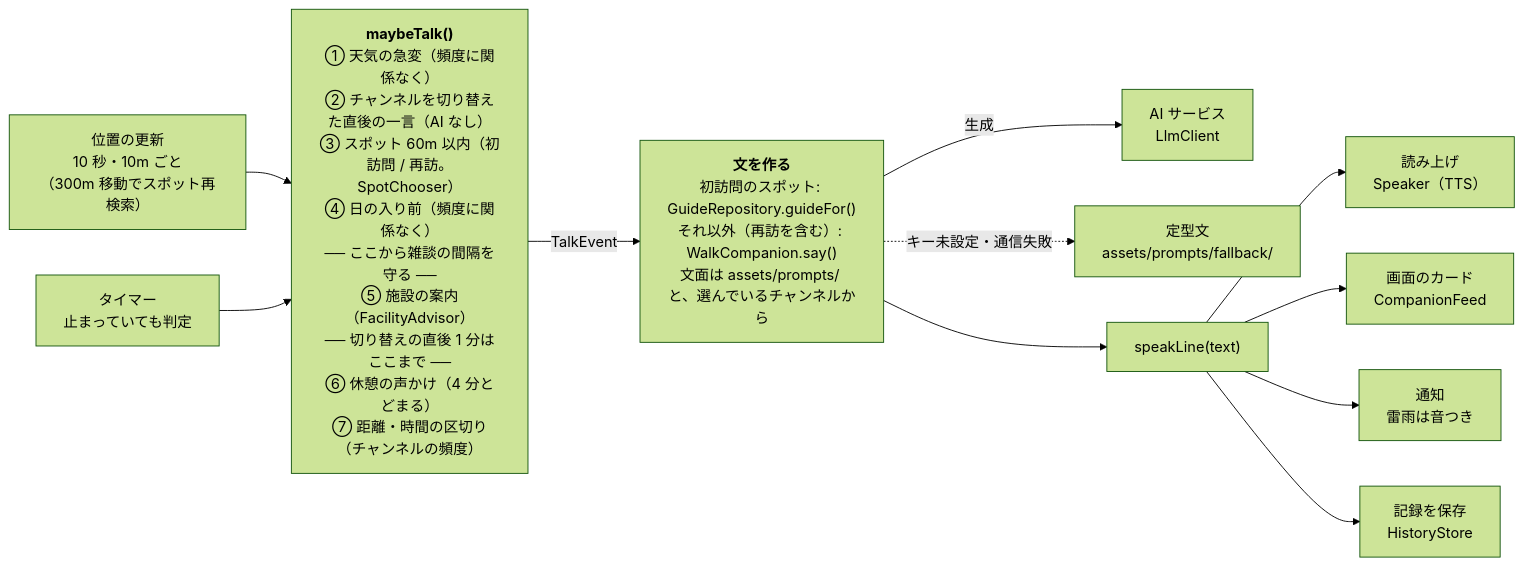
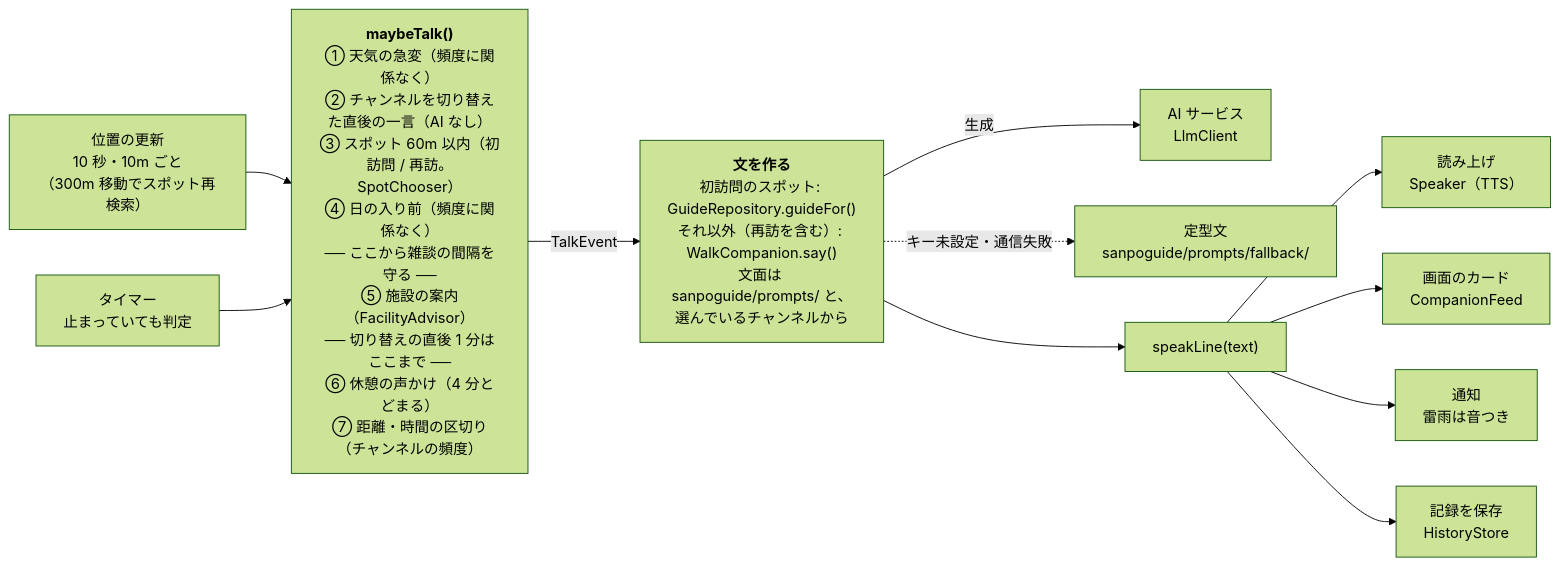
One commit to duwenji/SanpoGuide changed the second of 6 diagrams in docs/architecture.md. Above: the diagram before and after it, drawn with Mermaid (forest theme). The commit also changed other lines of this file and 62 other files, not shown here.

````diff
--- a/docs/architecture.md
+++ b/docs/architecture.md
@@ -67,16 +67,16 @@
 ```mermaid
 flowchart LR
   Loc["位置の更新<br/>10 秒・10m ごと<br/>（300m 移動でスポット再検索）"] --> Talk
   Tick["タイマー<br/>止まっていても判定"] --> Talk
 
   Talk["<b>maybeTalk()</b><br/>① 天気の急変（頻度に関係なく）<br/>② チャンネルを切り替えた直後の一言（AI なし）<br/>③ スポット 60m 以内（初訪問 / 再訪。SpotChooser）<br/>④ 日の入り前（頻度に関係なく）<br/>── ここから雑談の間隔を守る ──<br/>⑤ 施設の案内（FacilityAdvisor）<br/>── 切り替えの直後 1 分はここまで ──<br/>⑥ 休憩の声かけ（4 分とどまる）<br/>⑦ 距離・時間の区切り（チャンネルの頻度）"]
 
-  Talk -- "TalkEvent" --> Compose["<b>文を作る</b><br/>初訪問のスポット: GuideRepository.guideFor()<br/>それ以外（再訪を含む）: WalkCompanion.say()<br/>文面は assets/prompts/ と、選んでいるチャンネルから"]
+  Talk -- "TalkEvent" --> Compose["<b>文を作る</b><br/>初訪問のスポット: GuideRepository.guideFor()<br/>それ以外（再訪を含む）: WalkCompanion.say()<br/>文面は sanpoguide/prompts/ と、選んでいるチャンネルから"]
   Compose -- "生成" --> AI["AI サービス<br/>LlmClient"]
-  Compose -. "キー未設定・通信失敗" .-> Fallback["定型文<br/>assets/prompts/fallback/"]
+  Compose -. "キー未設定・通信失敗" .-> Fallback["定型文<br/>sanpoguide/prompts/fallback/"]
   Compose --> Speak["speakLine(text)"]
   Speak --> Speaker["読み上げ<br/>Speaker（TTS）"]
   Speak --> Feed["画面のカード<br/>CompanionFeed"]
   Speak --> Notify["通知<br/>雷雨は音つき"]
   Speak --> Save["記録を保存<br/>HistoryStore"]
 ```
````
